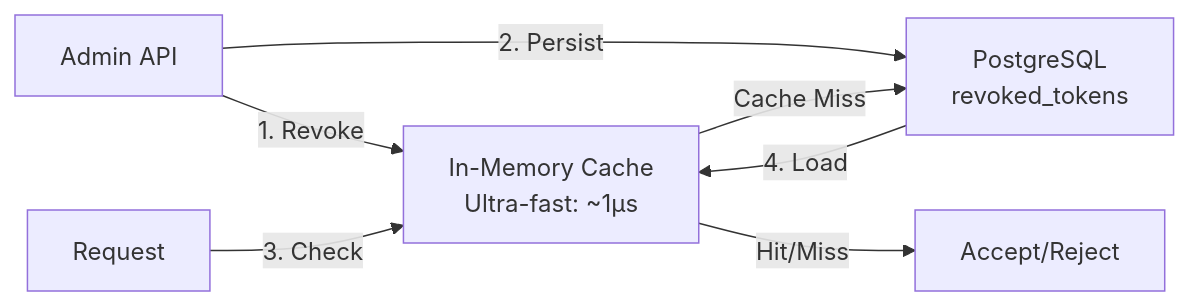
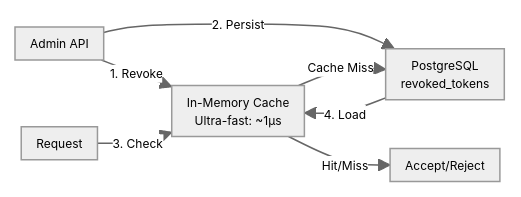
One commit to jaafar-benabderrazak/ca_a2a changed the tenth of 10 diagrams in CA_A2A_COMPLETE_SECURITY_DOCUMENTATION.md. Above: the diagram before and after it, drawn with Mermaid. The commit also changed other lines of this file and 1 other file, not shown here.

Commit message:
Make Mermaid graphs compact with 8px font size

````diff
--- a/CA_A2A_COMPLETE_SECURITY_DOCUMENTATION.md
+++ b/CA_A2A_COMPLETE_SECURITY_DOCUMENTATION.md
@@ -1162,10 +1167,11 @@
 ```mermaid
+%%{init: {"theme":"neutral","themeVariables":{"fontSize":"8px","fontFamily":"sans-serif"},"flowchart":{"nodeSpacing":8,"rankSpacing":10,"padding":5}}}%%
 graph LR
     Admin[Admin API] -->|1. Revoke| Cache["In-Memory Cache<br/>Ultra-fast: ~1μs"]
     Admin -->|2. Persist| DB["PostgreSQL<br/>revoked_tokens"]
     
     Request[Request] -->|3. Check| Cache
     Cache -->|Cache Miss| DB
     DB -->|4. Load| Cache
     Cache -->|Hit/Miss| Response[Accept/Reject]
 ```
````
